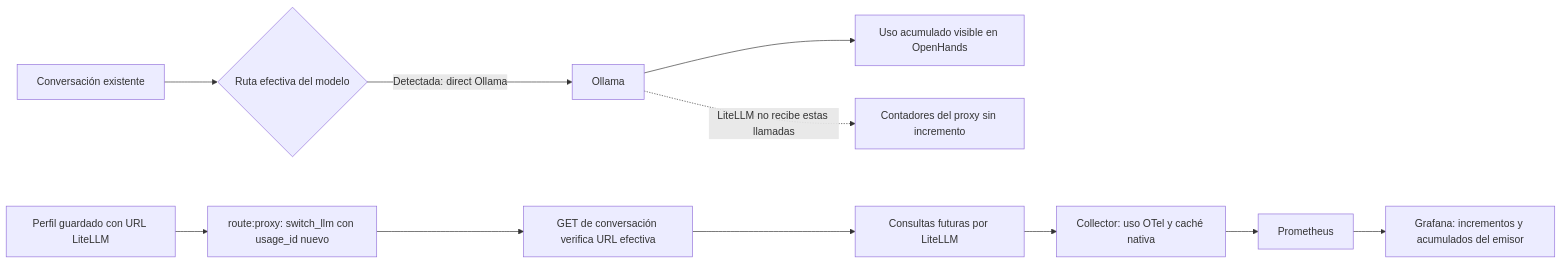
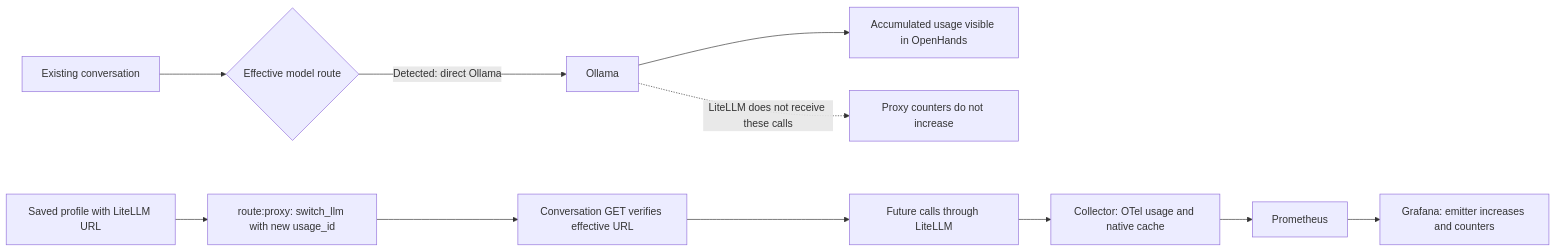
The eighth of 8 diagrams in docs/architecture/observability_diagrams.md (alejandro-onatra/local-agent-platform), drawn with Mermaid before and after one commit. The commit also changed other lines of this file and 32 other files, not shown here.

````diff
--- a/docs/architecture/observability_diagrams.md
+++ b/docs/architecture/observability_diagrams.md
@@ -173,13 +173,13 @@
 ```mermaid
 flowchart LR
-    Conversation[Conversación existente] --> Actual{Ruta efectiva del modelo}
-    Actual -->|Detectada: direct Ollama| Direct[Ollama]
-    Direct --> Usage[Uso acumulado visible en OpenHands]
-    Direct -.->|LiteLLM no recibe estas llamadas| Flat[Contadores del proxy sin incremento]
-    Saved[Perfil guardado con URL LiteLLM] --> Apply[route:proxy: switch_llm con usage_id nuevo]
-    Apply --> Verify[GET de conversación verifica URL efectiva]
-    Verify --> Future[Consultas futuras por LiteLLM]
-    Future --> Col[Collector: uso OTel y caché nativa]
+    Conversation[Existing conversation] --> Actual{Effective model route}
+    Actual -->|Detected: direct Ollama| Direct[Ollama]
+    Direct --> Usage[Accumulated usage visible in OpenHands]
+    Direct -.->|LiteLLM does not receive these calls| Flat[Proxy counters do not increase]
+    Saved[Saved profile with LiteLLM URL] --> Apply[route:proxy: switch_llm with new usage_id]
+    Apply --> Verify[Conversation GET verifies effective URL]
+    Verify --> Future[Future calls through LiteLLM]
+    Future --> Col[Collector: OTel usage and native cache]
     Col --> Prom[Prometheus]
-    Prom --> Dashboard[Grafana: incrementos y acumulados del emisor]
+    Prom --> Dashboard[Grafana: emitter increases and counters]
 ```
````
